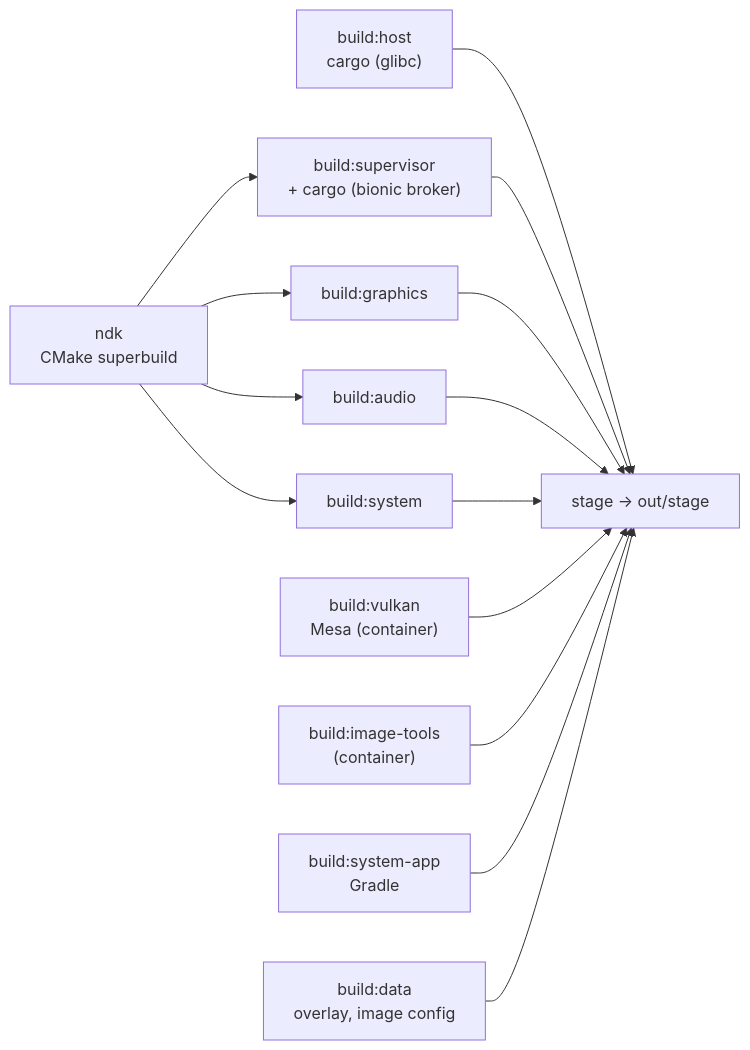
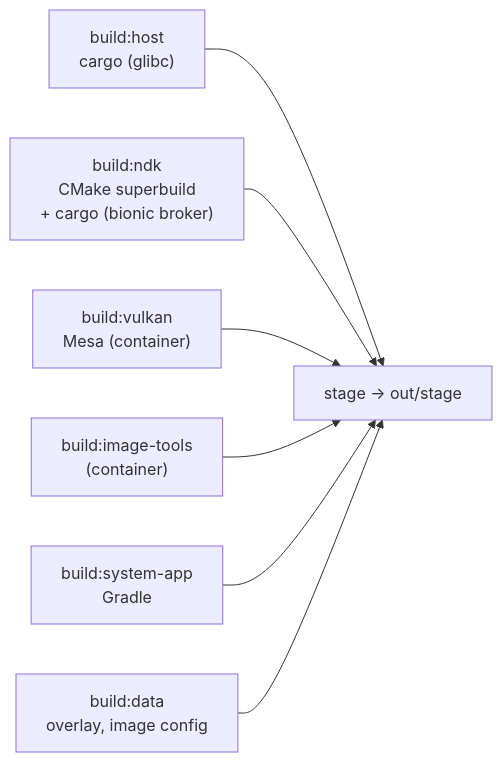
The diagram in docs/development.md (sargunv/innkeeper), drawn with Mermaid before and after one commit. The commit also changed other lines of this file and 25 other files, not shown here.

First line of the commit message:
build: one build:ndk task and a stage that copies every install tree

````diff
--- a/docs/development.md
+++ b/docs/development.md
@@ -23,13 +22,10 @@
 ```mermaid
 flowchart LR
   host["build:host<br/>cargo (glibc)"] --> stage
-  ndk["ndk<br/>CMake superbuild"] --> sup["build:supervisor<br/>+ cargo (bionic broker)"] --> stage
-  ndk --> gfx["build:graphics"] --> stage
-  ndk --> aud["build:audio"] --> stage
-  ndk --> sys["build:system"] --> stage
+  ndk["build:ndk<br/>CMake superbuild<br/>+ cargo (bionic broker)"] --> stage
   vk["build:vulkan<br/>Mesa (container)"] --> stage
   it["build:image-tools<br/>(container)"] --> stage
   app["build:system-app<br/>Gradle"] --> stage
   data["build:data<br/>overlay, image config"] --> stage
   stage["stage → out/stage"]
 ```
````
